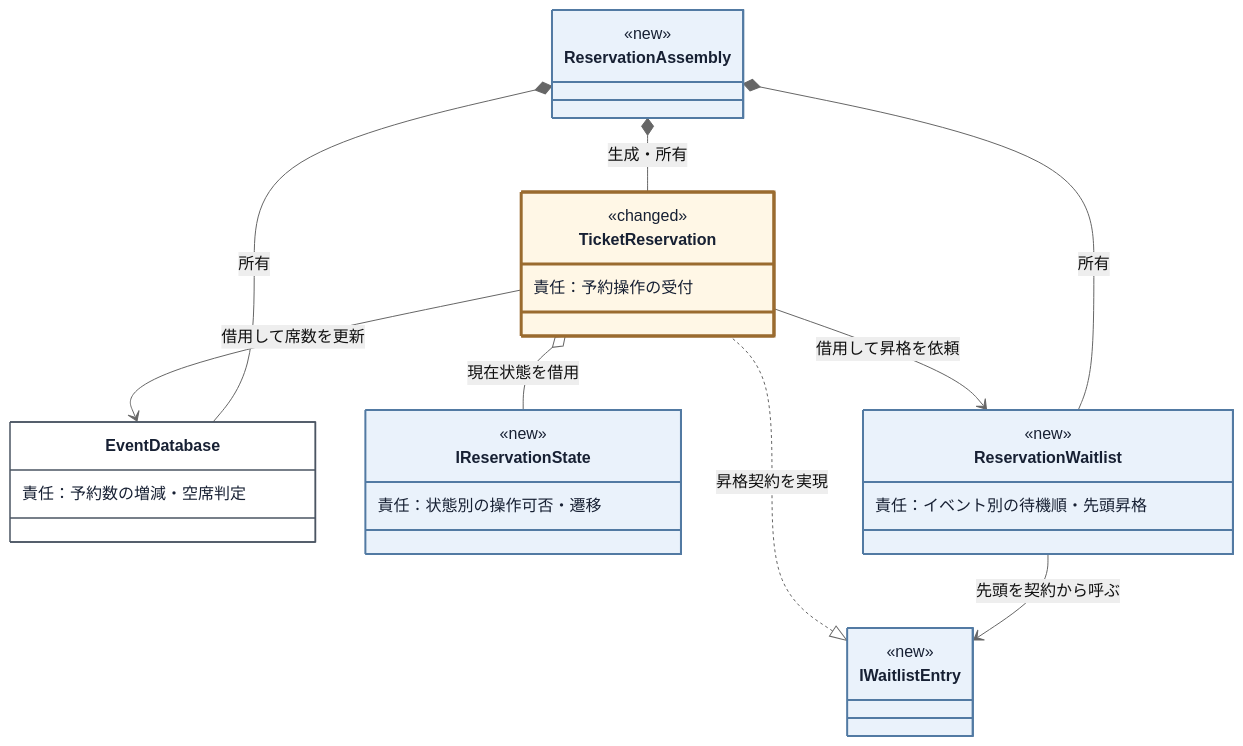
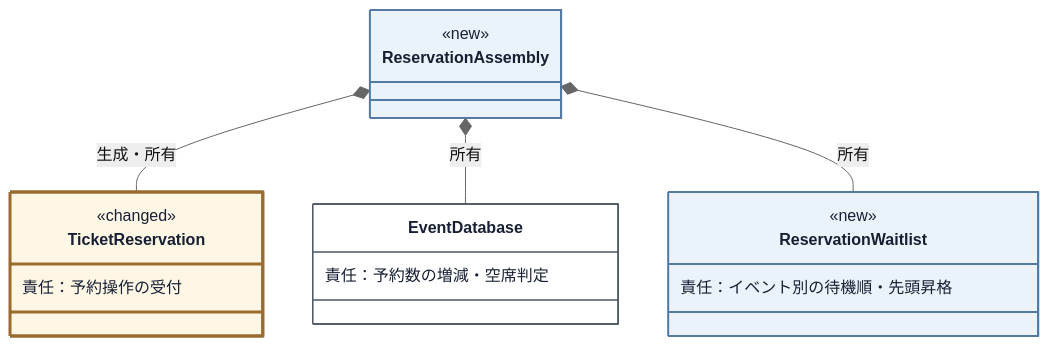
Diagram 17 of 26 in kindle/design-patterns/books/volume01-core-patterns/output/04-chapter02.md (kumachan1101-pixel/DesignPattern), drawn with Mermaid (neutral theme) before and after one commit. The commit also changed other lines of this file and 19 other files, not shown here.

````diff
--- a/kindle/design-patterns/books/volume01-core-patterns/output/04-chapter02.md
+++ b/kindle/design-patterns/books/volume01-core-patterns/output/04-chapter02.md
@@ -1836,38 +1795,25 @@
 ```mermaid
 classDiagram
     direction TB
     class ReservationAssembly:::added {
         <<new>>
     }
     class TicketReservation:::touched {
         <<changed>>
         責任：予約操作の受付
     }
     class EventDatabase:::stable {
         責任：予約数の増減・空席判定
     }
-    class IReservationState:::added {
-        <<new>>
-        責任：状態別の操作可否・遷移
-    }
     class ReservationWaitlist:::added {
         <<new>>
         責任：イベント別の待機順・先頭昇格
     }
-    class IWaitlistEntry:::added {
-        <<new>>
-        <<interface>>
-    }
     ReservationAssembly *-- TicketReservation : 生成・所有
     ReservationAssembly *-- EventDatabase : 所有
     ReservationAssembly *-- ReservationWaitlist : 所有
-    TicketReservation o-- IReservationState : 現在状態を借用
-    TicketReservation --> EventDatabase : 借用して席数を更新
-    TicketReservation --> ReservationWaitlist : 借用して昇格を依頼
-    IWaitlistEntry <|.. TicketReservation : 昇格契約を実現
-    ReservationWaitlist --> IWaitlistEntry : 先頭を契約から呼ぶ
 
     classDef stable fill:#ffffff,stroke:#4b5563,stroke-width:1.5px,color:#172033;
     classDef added fill:#eaf2fb,stroke:#527aa3,stroke-width:2px,color:#172033;
     classDef touched fill:#fff7e6,stroke:#9a6b2f,stroke-width:3px,color:#172033;
 ```
````
